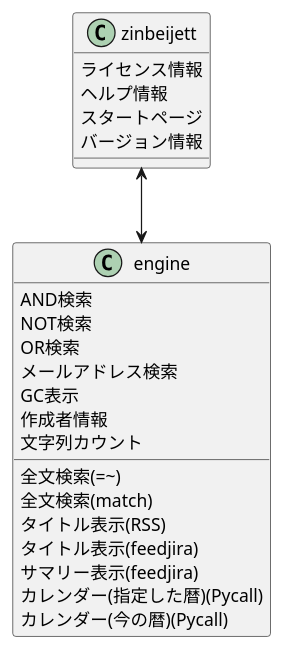
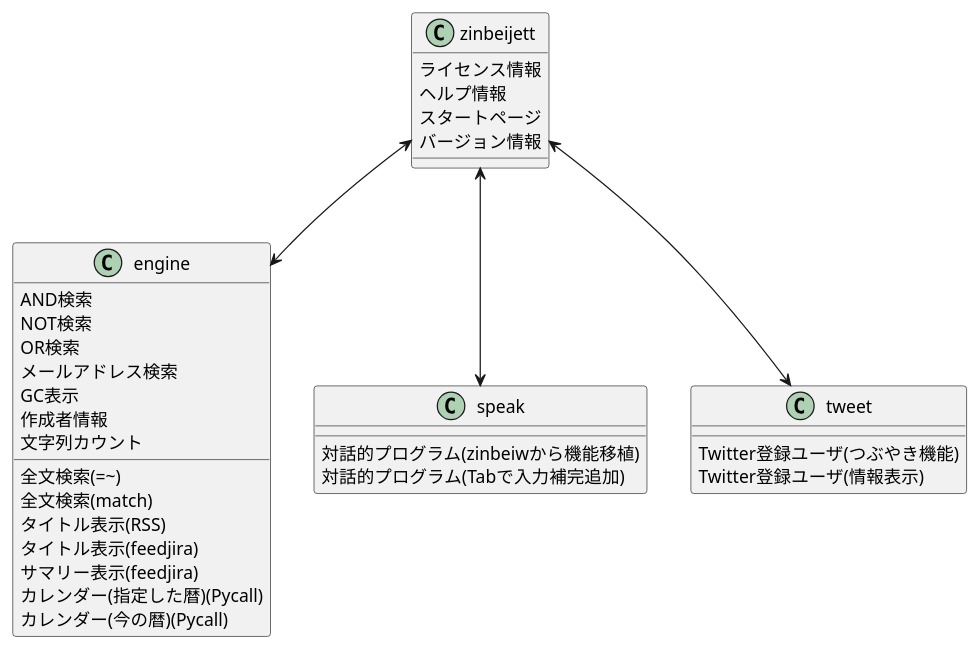
One commit to takkii/zinbeijett changed the diagram in zinbeijett.pu. Above: the diagram before and after it, drawn with PlantUML. The commit also changed 1 other file, not shown here.

Commit message:
Add, UML.

```diff
--- a/zinbeijett.pu
+++ b/zinbeijett.pu
@@ -1,25 +1,33 @@
 @startuml zinbeijett
 
 zinbeijett <--> engine
+zinbeijett <--> speak
+zinbeijett <--> tweet
 
 zinbeijett : ライセンス情報
 zinbeijett : ヘルプ情報
 zinbeijett : スタートページ
 zinbeijett : バージョン情報
 
 engine : 全文検索(=~)
 engine : 全文検索(match)
 engine : AND検索
 engine : NOT検索
 engine : OR検索
 engine : メールアドレス検索
 engine : GC表示
 engine : 作成者情報
 engine : 文字列カウント
 engine : タイトル表示(RSS)
 engine : タイトル表示(feedjira)
 engine : サマリー表示(feedjira)
 engine : カレンダー(指定した暦)(Pycall)
 engine : カレンダー(今の暦)(Pycall)
 
+speak : 対話的プログラム(zinbeiwから機能移植)
+speak : 対話的プログラム(Tabで入力補完追加)
+
+tweet : Twitter登録ユーザ(つぶやき機能)
+tweet : Twitter登録ユーザ(情報表示)
+
 @enduml
```
